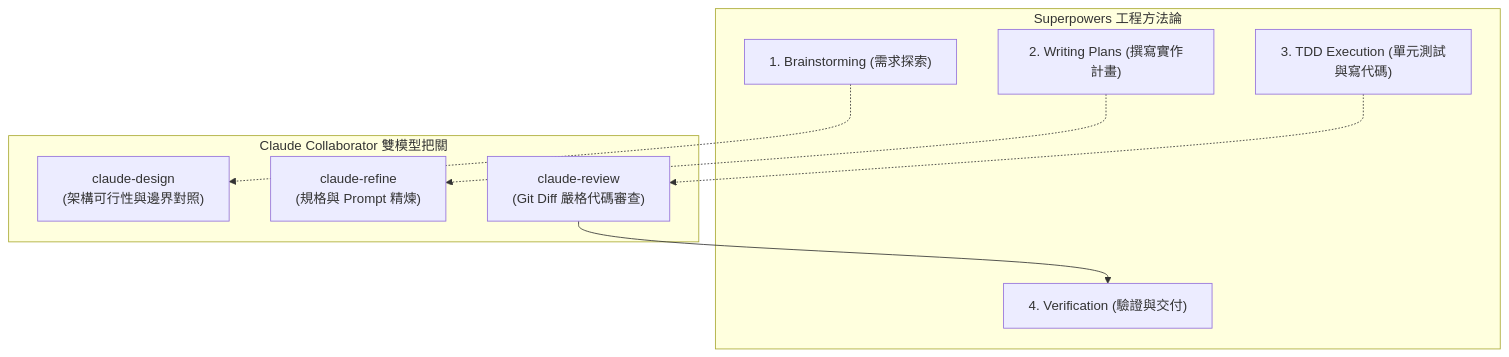
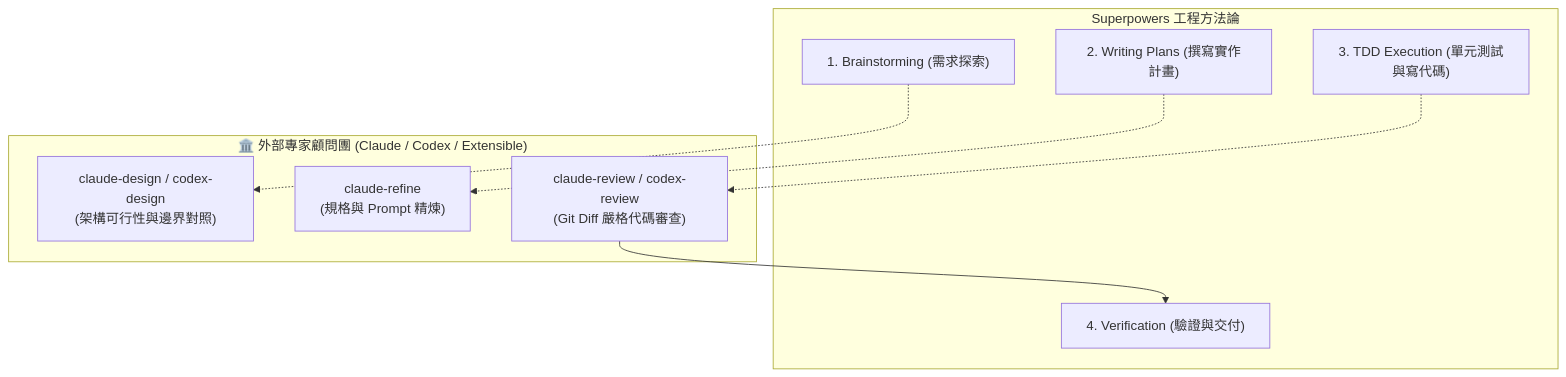
One commit to gogog22510/agent-collaborator changed the diagram in templates/antigravity_superpowers.md. Above: the diagram before and after it, drawn with Mermaid. The commit also changed other lines of this file and 1 other file, not shown here.

Commit message:
docs(templates): expand AGENTS.md to explicitly cover multi-agent peer council and Codex extensibility

````diff
--- a/templates/antigravity_superpowers.md
+++ b/templates/antigravity_superpowers.md
@@ -70,20 +76,20 @@
 ```mermaid
 flowchart TD
     subgraph SuperpowersFlow["Superpowers 工程方法論"]
         B["1. Brainstorming (需求探索)"]
         P["2. Writing Plans (撰寫實作計畫)"]
         T["3. TDD Execution (單元測試與寫代碼)"]
         V["4. Verification (驗證與交付)"]
     end
 
-    subgraph ClaudeSkills["Claude Collaborator 雙模型把關"]
-        CD["claude-design<br/>(架構可行性與邊界對照)"]
+    subgraph PeerAdvisors["🏛️ 外部專家顧問團 (Claude / Codex / Extensible)"]
+        CD["claude-design / codex-design<br/>(架構可行性與邊界對照)"]
         CR["claude-refine<br/>(規格與 Prompt 精煉)"]
-        CW["claude-review<br/>(Git Diff 嚴格代碼審查)"]
+        CW["claude-review / codex-review<br/>(Git Diff 嚴格代碼審查)"]
     end
 
     B -.-> CD
     P -.-> CR
     T -.-> CW
     CW --> V
 ```
````
